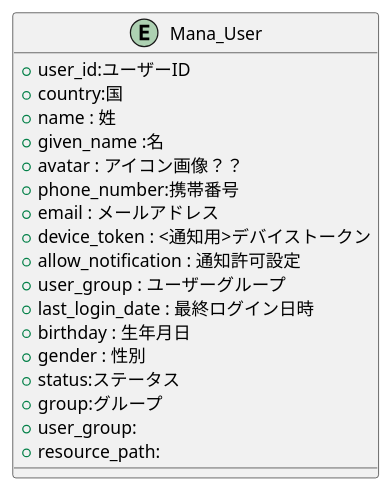
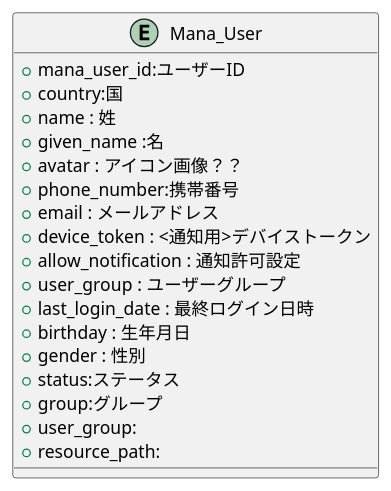
Before and after one commit to popoposorara/ERP_ER: the diagram in Entity/Mana_User.pu, drawn with PlantUML. The commit also changed 26 other files, not shown here.

```diff
--- a/Entity/Mana_User.pu
+++ b/Entity/Mana_User.pu
@@ -1,23 +1,23 @@
 @startuml
 
 entity "Mana_User" {
-    + user_id:ユーザーID
+    + mana_user_id:ユーザーID
     + country:国
     + name : 姓
     + given_name :名
     + avatar : アイコン画像？？
     + phone_number:携帯番号
     + email : メールアドレス
     + device_token : <通知用>デバイストークン
     + allow_notification : 通知許可設定
     + user_group : ユーザーグループ
     + last_login_date : 最終ログイン日時
     + birthday : 生年月日
     + gender : 性別
     + status:ステータス
     + group:グループ
     + user_group:
     + resource_path:
 }
 
 @enduml
```
